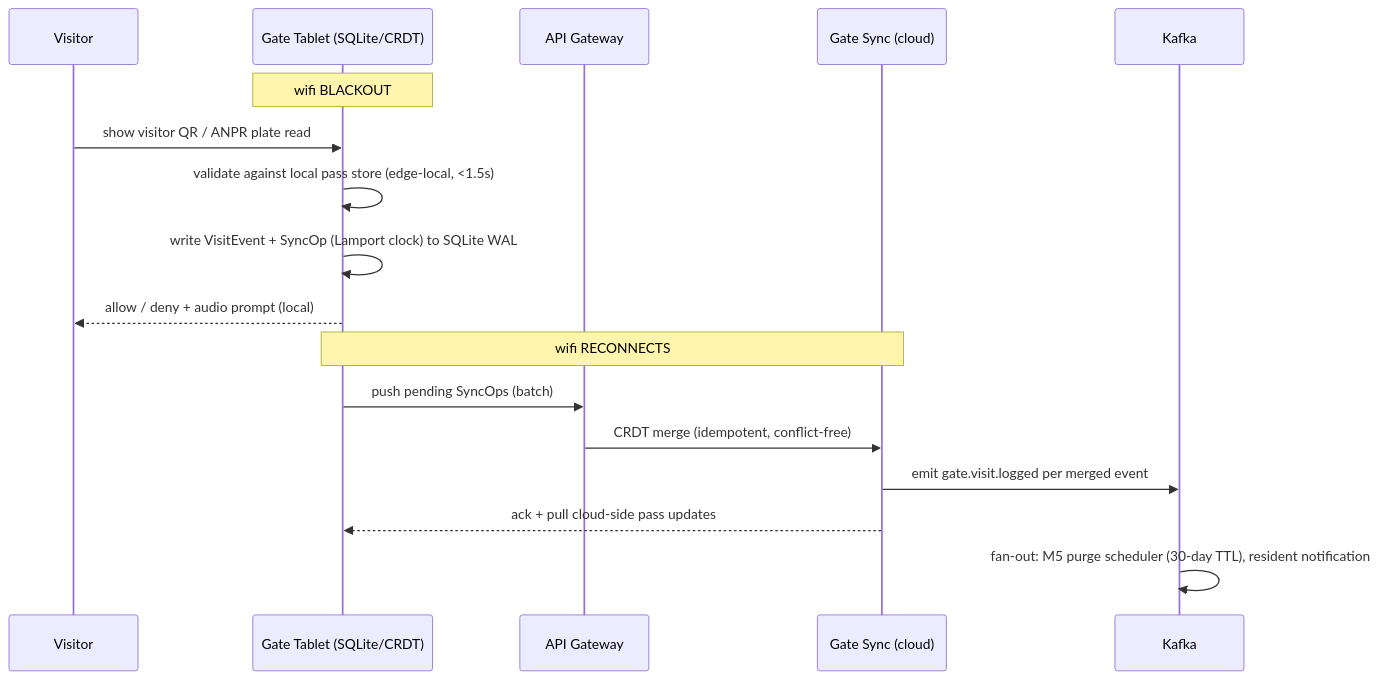
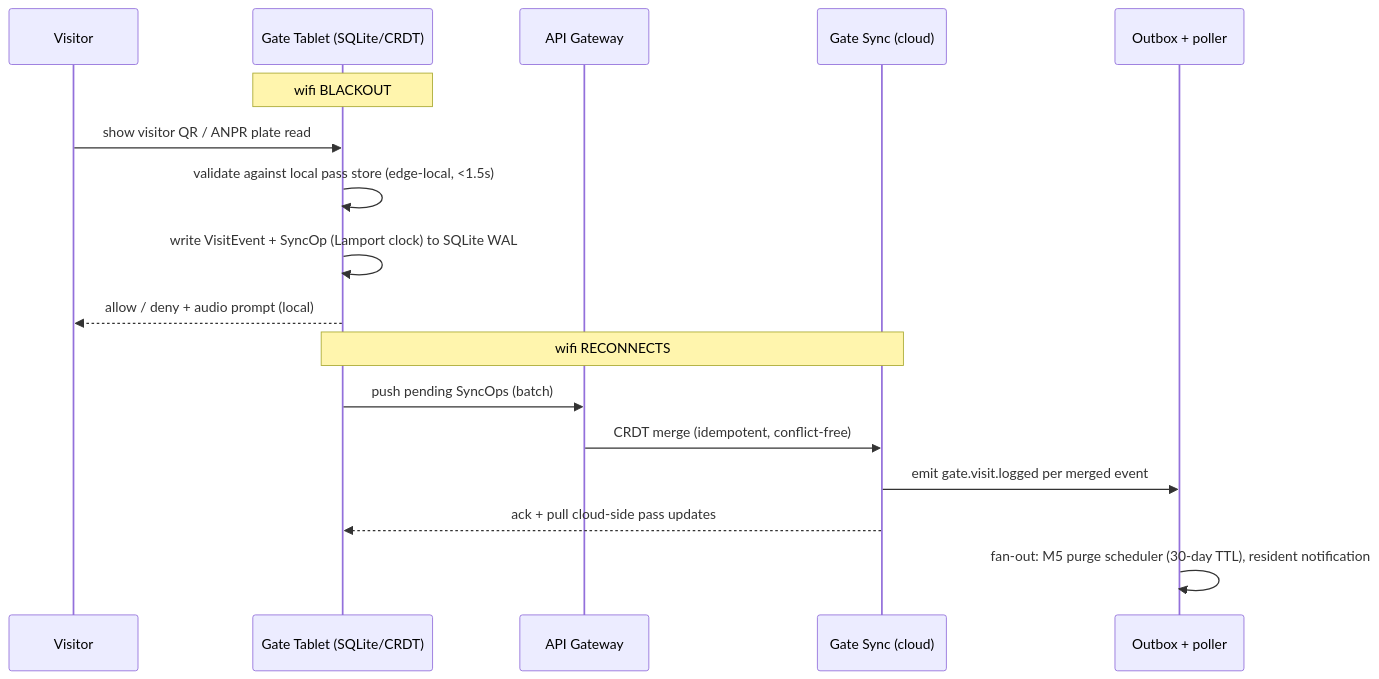
One commit to ayushrai007/Societix changed the second of 3 diagrams in docs/modules/module-4-gate-infra.md. Above: the diagram before and after it, drawn with Mermaid. The commit also changed 23 other files, not shown here.

````diff
--- a/docs/modules/module-4-gate-infra.md
+++ b/docs/modules/module-4-gate-infra.md
@@ -75,19 +75,19 @@
 ```mermaid
 sequenceDiagram
     participant V as Visitor
     participant G as Gate Tablet (SQLite/CRDT)
     participant GW as API Gateway
     participant M4 as Gate Sync (cloud)
-    participant K as Kafka
+    participant K as Outbox + poller
     Note over G: wifi BLACKOUT
     V->>G: show visitor QR / ANPR plate read
     G->>G: validate against local pass store (edge-local, <1.5s)
     G->>G: write VisitEvent + SyncOp (Lamport clock) to SQLite WAL
     G-->>V: allow / deny + audio prompt (local)
     Note over G,M4: wifi RECONNECTS
     G->>GW: push pending SyncOps (batch)
     GW->>M4: CRDT merge (idempotent, conflict-free)
     M4->>K: emit gate.visit.logged per merged event
     M4-->>G: ack + pull cloud-side pass updates
     K->>K: fan-out: M5 purge scheduler (30-day TTL), resident notification
 ```
````
